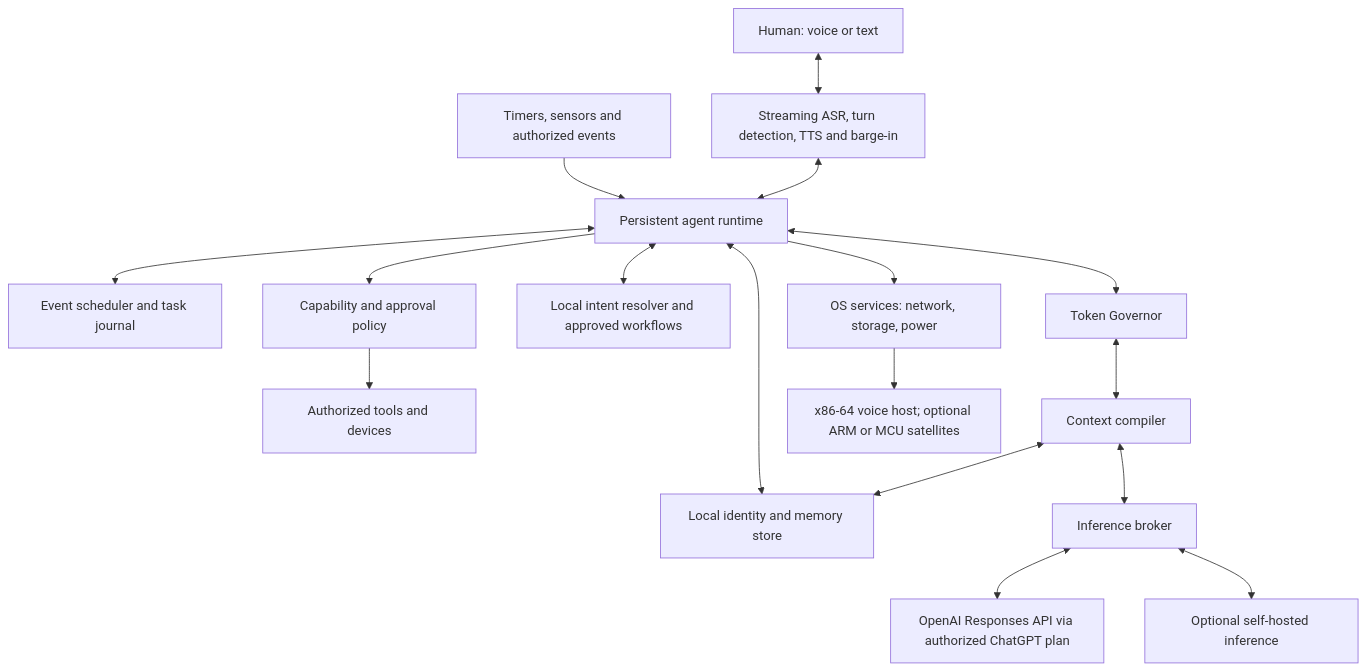
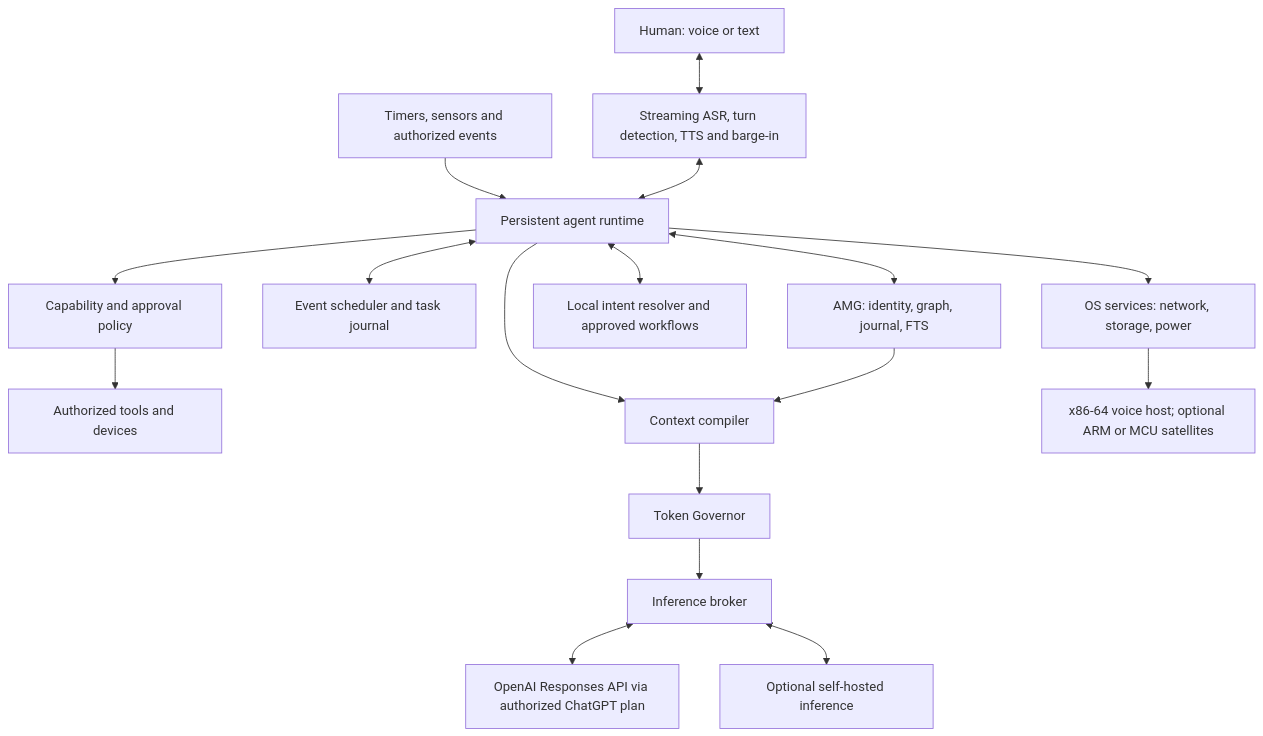
One commit to idmfrank/atomos changed the diagram in README.md. Above: the diagram before and after it, drawn with Mermaid. The commit also changed other lines of this file and 7 other files, not shown here.

Commit message:
docs: establish AMG architecture and reconcile M1 design with verified implementation

````diff
--- a/README.md
+++ b/README.md
@@ -33,19 +65,19 @@
 ```mermaid
 flowchart TD
     U[Human: voice or text] <--> P[Streaming ASR, turn detection, TTS and barge-in]
     E[Timers, sensors and authorized events] --> R
     P <--> R[Persistent agent runtime]
-    R <--> M[Local identity and memory store]
+    R <--> M[AMG: identity, graph, journal, FTS]
     R <--> S[Event scheduler and task journal]
     R --> A[Capability and approval policy]
     A --> T[Authorized tools and devices]
     R <--> D[Local intent resolver and approved workflows]
-    R <--> G[Token Governor]
-    G <--> X[Context compiler]
-    X <--> M
-    X <--> B[Inference broker]
+    R --> X[Context compiler]
+    M --> X
+    X --> G[Token Governor]
+    G --> B[Inference broker]
     B <--> C[OpenAI Responses API via authorized ChatGPT plan]
     B <--> H[Optional self-hosted inference]
     R --> O[OS services: network, storage, power]
     O --> HW[x86-64 voice host; optional ARM or MCU satellites]
 ```
````
